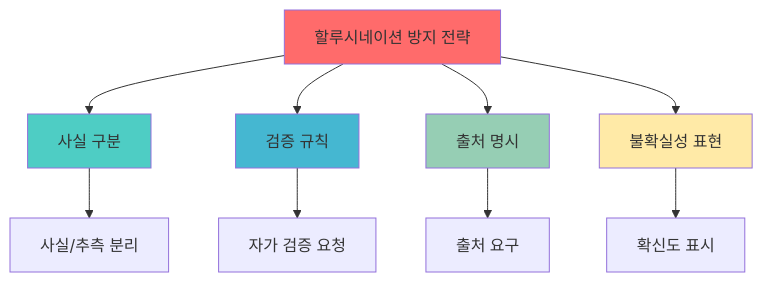
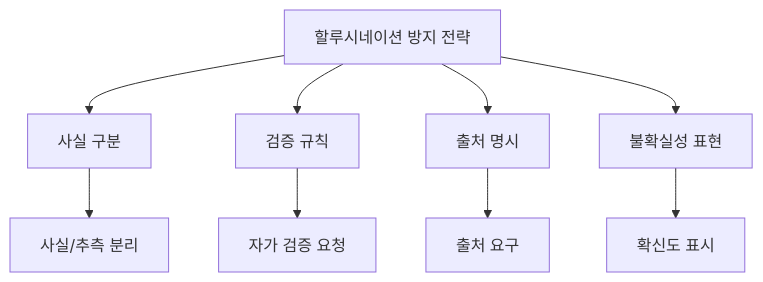
The first of 4 diagrams in _md/essentials-vibecoding/chapter04/04-4.md (nugurejeil/weniVooks), drawn with Mermaid before and after one commit. The commit also changed other lines of this file and 187 other files, not shown here.

````diff
--- a/_md/essentials-vibecoding/chapter04/04-4.md
+++ b/_md/essentials-vibecoding/chapter04/04-4.md
@@ -13,18 +13,12 @@
 ```mermaid
 graph TD
-    A[할루시네이션 방지 전략] --> B[사실 구분]
-    A --> C[검증 규칙]
-    A --> D[출처 명시]
-    A --> E[불확실성 표현]
+    A["할루시네이션 방지 전략"] --> B["사실 구분"]
+    A --> C["검증 규칙"]
+    A --> D["출처 명시"]
+    A --> E["불확실성 표현"]
 
-    B --> B1[사실/추측 분리]
-    C --> C1[자가 검증 요청]
-    D --> D1[출처 요구]
-    E --> E1[확신도 표시]
-
-    style A fill:#ff6b6b
-    style B fill:#4ecdc4
-    style C fill:#45b7d1
-    style D fill:#96ceb4
-    style E fill:#ffeaa7
+    B --> B1["사실/추측 분리"]
+    C --> C1["자가 검증 요청"]
+    D --> D1["출처 요구"]
+    E --> E1["확신도 표시"]
 ```
````
